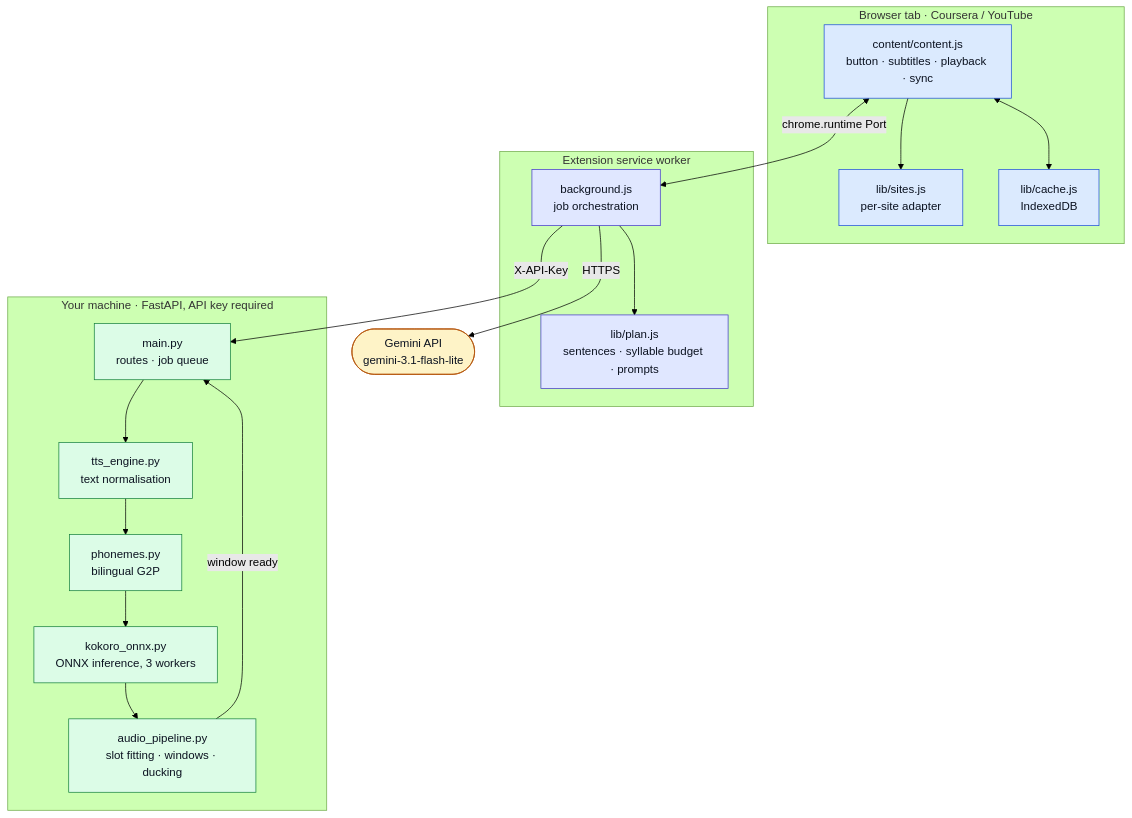
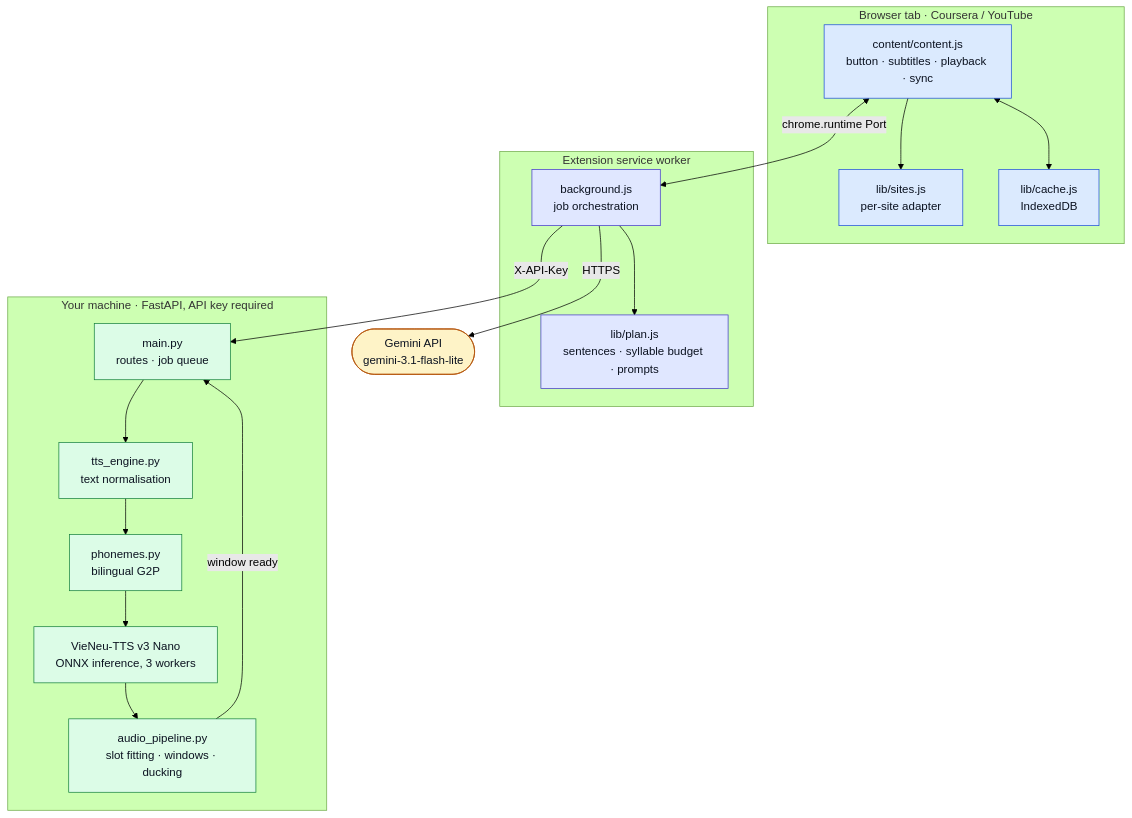
One commit to AIAI-Laboratory/ai-vietnamese-dubbing changed the first of 6 diagrams in README.md. Above: the diagram before and after it, drawn with Mermaid (forest theme). The commit also changed other lines of this file and 3 other files, not shown here.

````diff
--- a/README.md
+++ b/README.md
@@ -67,41 +67,41 @@
 ```mermaid
 flowchart TB
     subgraph page["Browser tab · Coursera / YouTube"]
         A["content/content.js<br/>button · subtitles · playback · sync"]
         B["lib/sites.js<br/>per-site adapter"]
         C["lib/cache.js<br/>IndexedDB"]
     end
 
     subgraph worker["Extension service worker"]
         D["background.js<br/>job orchestration"]
         E["lib/plan.js<br/>sentences · syllable budget · prompts"]
     end
 
     subgraph local["Your machine · FastAPI, API key required"]
         F["main.py<br/>routes · job queue"]
         G["tts_engine.py<br/>text normalisation"]
         H["phonemes.py<br/>bilingual G2P"]
-        I["kokoro_onnx.py<br/>ONNX inference, 3 workers"]
+        I["VieNeu-TTS v3 Nano<br/>ONNX inference, 3 workers"]
         J["audio_pipeline.py<br/>slot fitting · windows · ducking"]
     end
 
     K(["Gemini API<br/>gemini-3.1-flash-lite"])
 
     A <-->|"chrome.runtime Port"| D
     A --> B
     A <--> C
     D --> E
     D -->|HTTPS| K
     D -->|"X-API-Key"| F
     F --> G --> H --> I --> J
     J -->|"window ready"| F
 
     classDef browser fill:#dbeafe,stroke:#1d4ed8,color:#0b1220
     classDef worker fill:#e0e7ff,stroke:#4338ca,color:#0b1220
     classDef server fill:#dcfce7,stroke:#15803d,color:#0b1220
     classDef cloud fill:#fef3c7,stroke:#b45309,color:#0b1220
     class A,B,C browser
     class D,E worker
     class F,G,H,I,J server
     class K cloud
 ```
````
